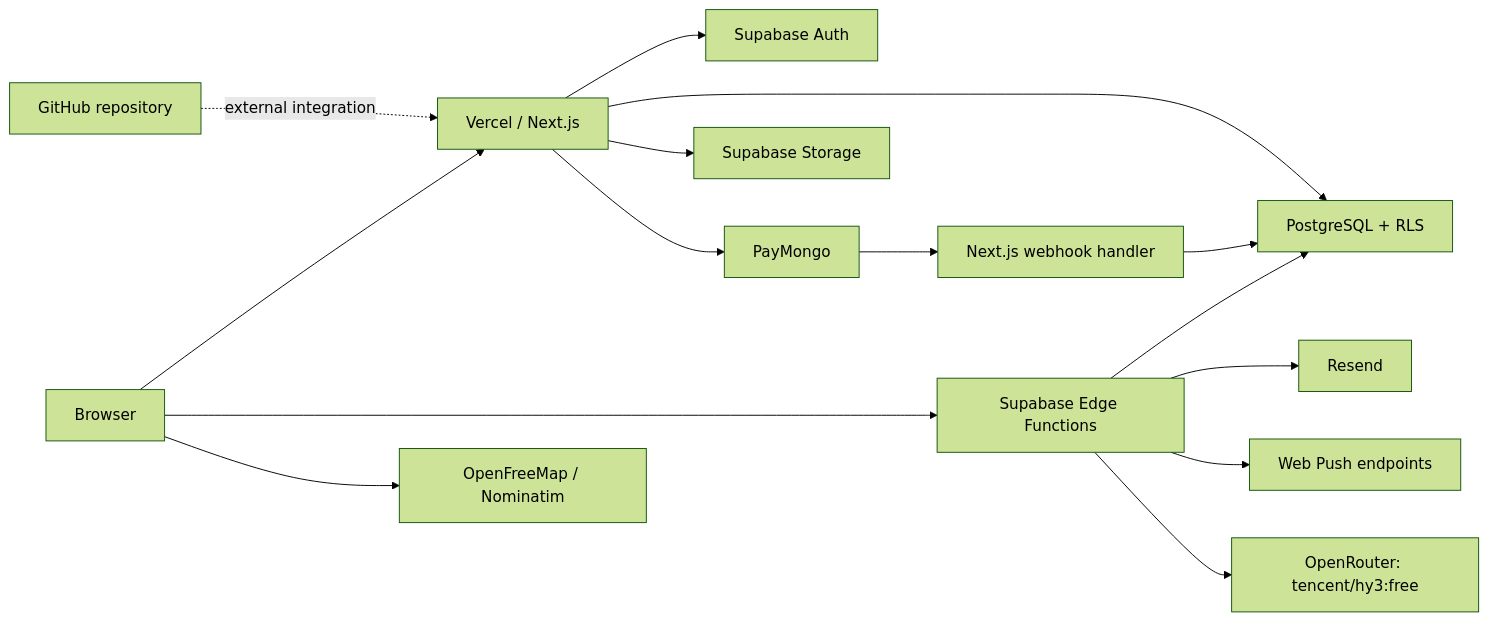
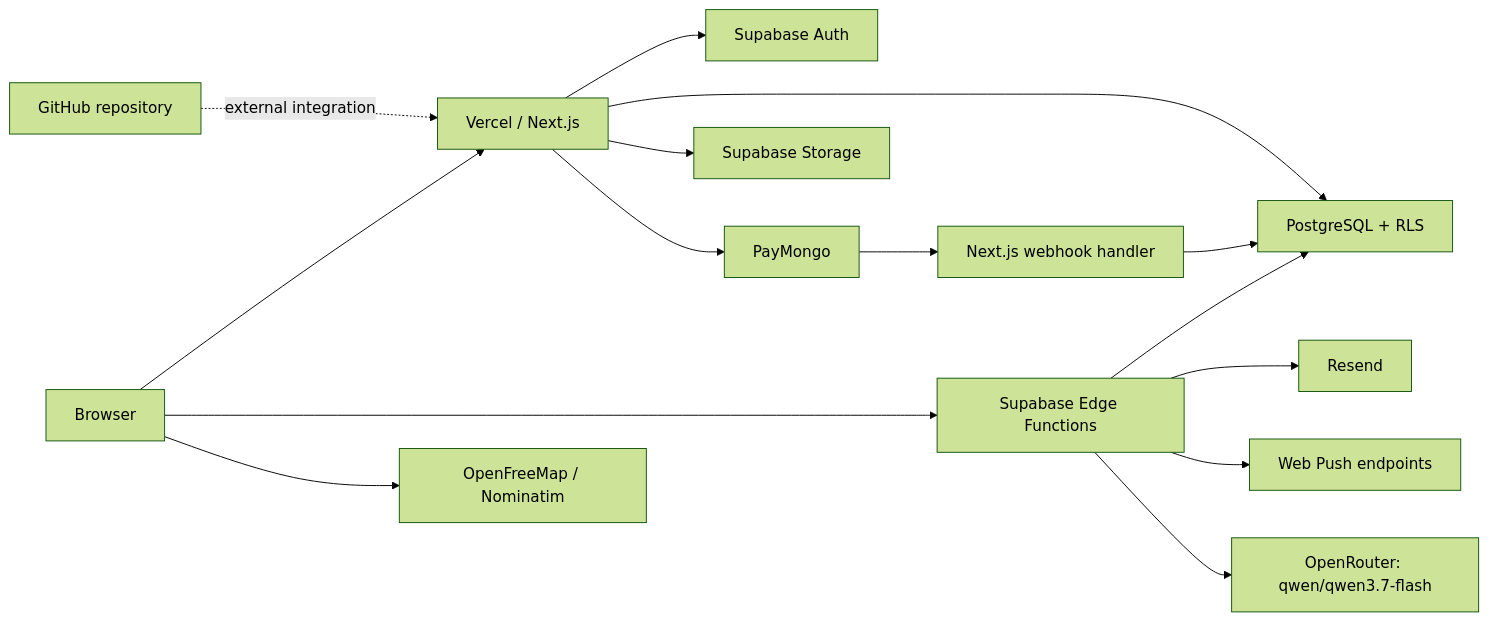
Before and after one commit to Jassim3nidad/venora: the first of 2 diagrams in README.md, drawn with Mermaid (forest theme). The commit also changed other lines of this file, not shown here.

Commit message:
docs: update Qwen runtime references

````diff
--- a/README.md
+++ b/README.md
@@ -35,17 +35,17 @@
 ```mermaid
 flowchart LR
   Browser["Browser"] --> Vercel["Vercel / Next.js"]
   Vercel --> Auth["Supabase Auth"]
   Vercel --> DB["PostgreSQL + RLS"]
   Vercel --> Storage["Supabase Storage"]
   Vercel --> PayMongo["PayMongo"]
   PayMongo --> Webhook["Next.js webhook handler"]
   Webhook --> DB
   Browser --> Edge["Supabase Edge Functions"]
   Edge --> DB
   Edge --> Resend["Resend"]
   Edge --> Push["Web Push endpoints"]
-  Edge --> AI["OpenRouter: tencent/hy3:free"]
+  Edge --> AI["OpenRouter: qwen/qwen3.7-flash"]
   Browser --> Maps["OpenFreeMap / Nominatim"]
   GitHub["GitHub repository"] -. "external integration" .-> Vercel
 ```
````
